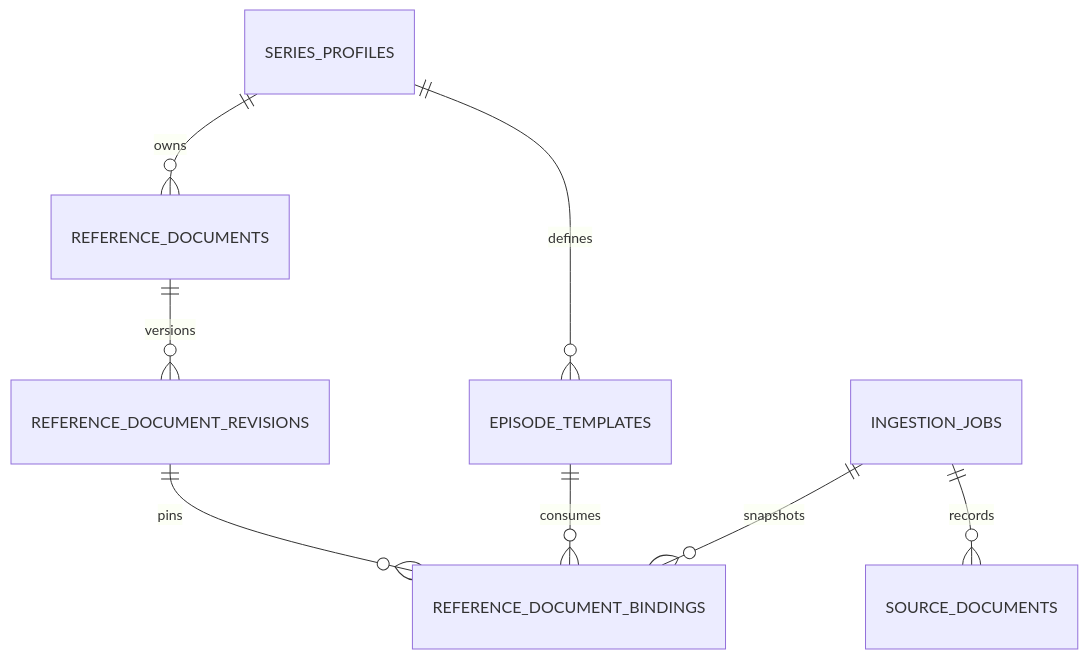
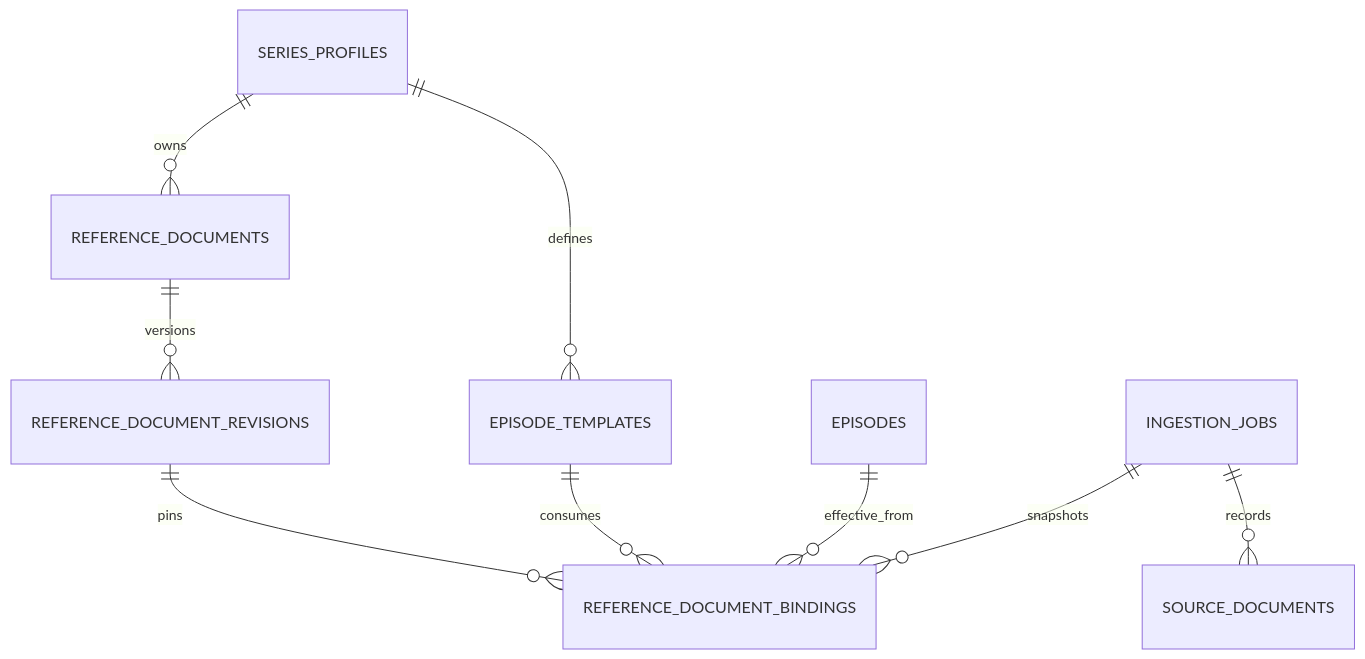
The eighth of 11 diagrams in docs/episodic-podcast-generation-system-design.md (leynos/episodic), drawn with Mermaid before and after one commit. The commit also changed other lines of this file and 2 other files, not shown here.

````diff
--- a/docs/episodic-podcast-generation-system-design.md
+++ b/docs/episodic-podcast-generation-system-design.md
@@ -931,10 +944,11 @@
 ```mermaid
 erDiagram
     SERIES_PROFILES ||--o{ EPISODE_TEMPLATES : defines
     SERIES_PROFILES ||--o{ REFERENCE_DOCUMENTS : owns
     REFERENCE_DOCUMENTS ||--o{ REFERENCE_DOCUMENT_REVISIONS : versions
     REFERENCE_DOCUMENT_REVISIONS ||--o{ REFERENCE_DOCUMENT_BINDINGS : pins
     EPISODE_TEMPLATES ||--o{ REFERENCE_DOCUMENT_BINDINGS : consumes
+    EPISODES ||--o{ REFERENCE_DOCUMENT_BINDINGS : effective_from
     INGESTION_JOBS ||--o{ REFERENCE_DOCUMENT_BINDINGS : snapshots
     INGESTION_JOBS ||--o{ SOURCE_DOCUMENTS : records
 ```
````
